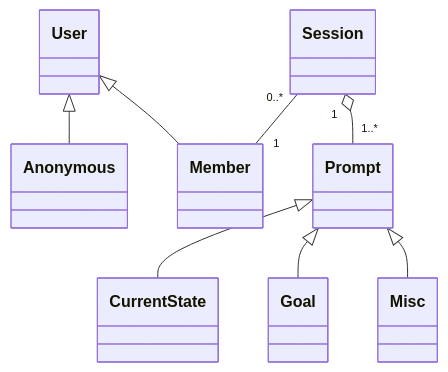
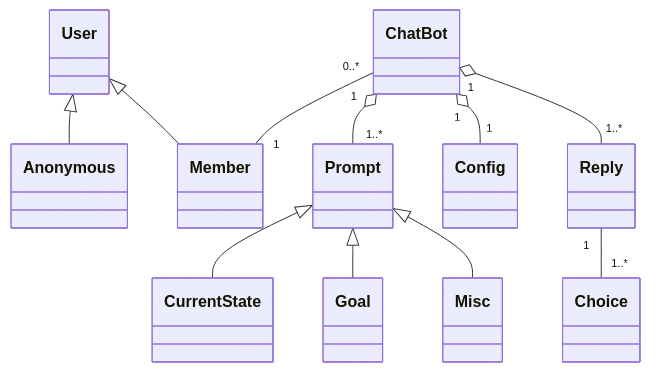
One commit to ChoiWheatley/ChoiWheatley.github.io changed the second of 4 diagrams in docs/3차 프로젝트, ChatGPT를 이용한 챗봇 애플리케이션 - estsoft {Django, DRF}.md. Above: the diagram before and after it, drawn with Mermaid. The commit also changed other lines of this file and 1 other file, not shown here.

````diff
--- a/docs/3차 프로젝트, ChatGPT를 이용한 챗봇 애플리케이션 - estsoft {Django, DRF}.md
+++ b/docs/3차 프로젝트, ChatGPT를 이용한 챗봇 애플리케이션 - estsoft {Django, DRF}.md
@@ -100,10 +100,14 @@
 ```mermaid
 classDiagram 
 	User <|-- Anonymous
 	User <|-- Member
-	Session "0..*" -- "1" Member
-	Session "1" o-- "1..*" Prompt
+	ChatBot "0..*" -- "1" Member
+	ChatBot "1" o-- "1..*" Prompt
+	ChatBot "1" o-- "1" Config
+	ChatBot "1" o-- "1..*" Reply
+	Reply "1" -- "1..*" Choice
+	
 	Prompt <|-- CurrentState
 	Prompt <|-- Goal
 	Prompt <|-- Misc
 ```
````
